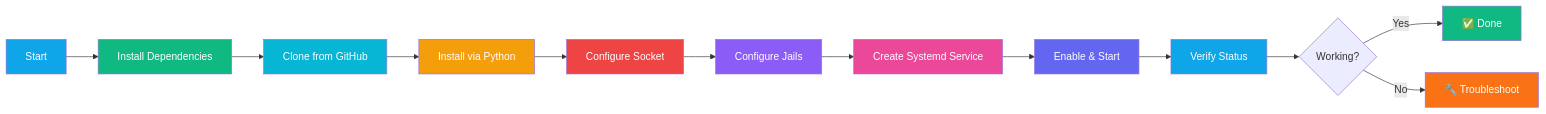
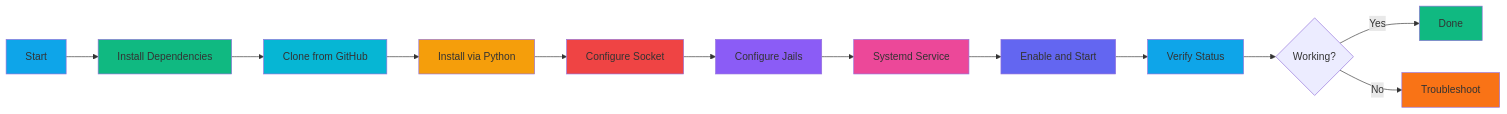
One commit to fanani-radian/openclaw-sumopod changed the second of 8 diagrams in docs/use-cases/fail2ban-opencloudos.md. Above: the diagram before and after it, drawn with Mermaid. The commit also changed other lines of this file, not shown here.

First line of the commit message:
fix(fail2ban): Fix Mermaid diagram syntax for GitHub rendering

````diff
--- a/docs/use-cases/fail2ban-opencloudos.md
+++ b/docs/use-cases/fail2ban-opencloudos.md
@@ -69,26 +67,26 @@
 ```mermaid
 flowchart LR
     A[Start] --> B[Install Dependencies]
     B --> C[Clone from GitHub]
     C --> D[Install via Python]
     D --> E[Configure Socket]
     E --> F[Configure Jails]
-    F --> G[Create Systemd Service]
-    G --> H[Enable & Start]
+    F --> G[Systemd Service]
+    G --> H[Enable and Start]
     H --> I[Verify Status]
     I --> J{Working?}
-    J -->|Yes| K[✅ Done]
-    J -->|No| L[🔧 Troubleshoot]
+    J -->|Yes| K[Done]
+    J -->|No| L[Troubleshoot]
     
-    style A fill:#0ea5e9,color:#fff
-    style B fill:#10b981,color:#fff
-    style C fill:#06b6d4,color:#fff
-    style D fill:#f59e0b,color:#fff
-    style E fill:#ef4444,color:#fff
-    style F fill:#8b5cf6,color:#fff
-    style G fill:#ec4899,color:#fff
-    style H fill:#6366f1,color:#fff
-    style I fill:#0ea5e9,color:#fff
-    style K fill:#10b981,color:#fff
-    style L fill:#f97316,color:#fff
+    style A fill:#0ea5e9
+    style B fill:#10b981
+    style C fill:#06b6d4
+    style D fill:#f59e0b
+    style E fill:#ef4444
+    style F fill:#8b5cf6
+    style G fill:#ec4899
+    style H fill:#6366f1
+    style I fill:#0ea5e9
+    style K fill:#10b981
+    style L fill:#f97316
 ```
````
